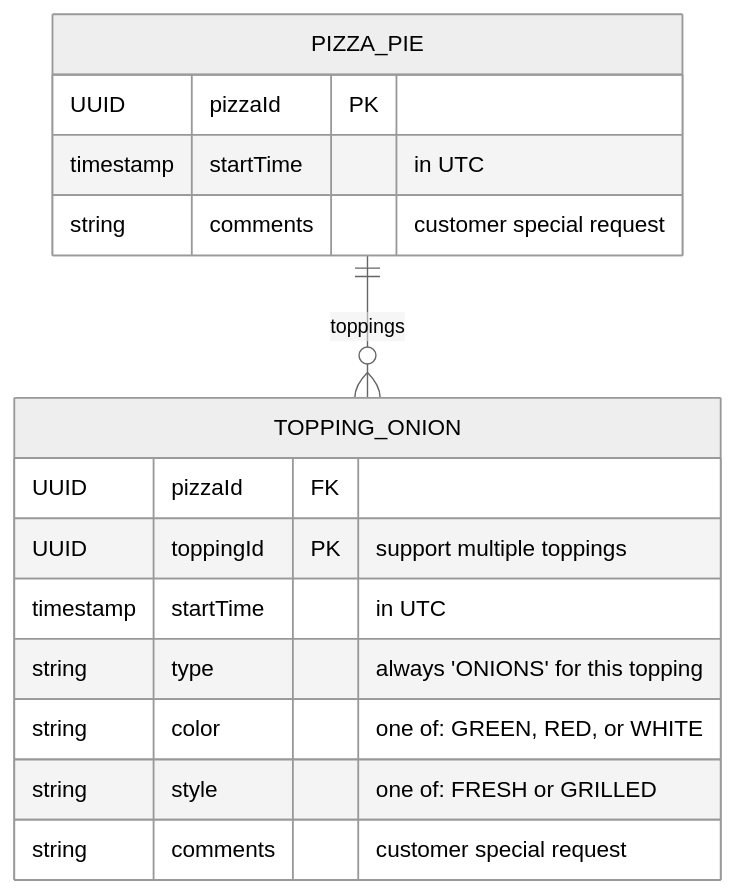
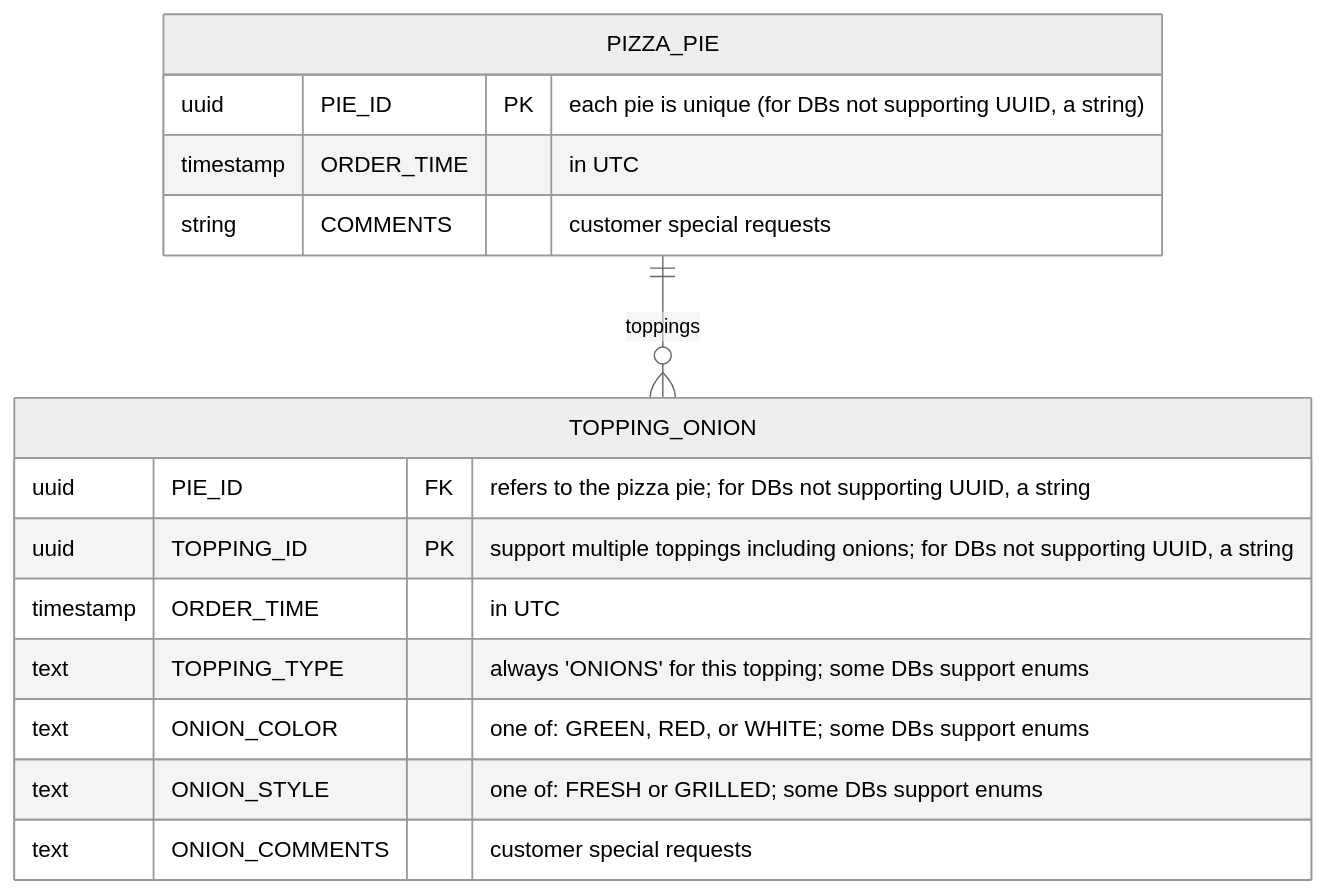
Before and after one commit to SruthiKorembathe/CICDImplementation: the seventh of 7 diagrams in Examples-of-diagramming.md, drawn with Mermaid (neutral theme). The commit also changed other lines of this file, not shown here.

Commit message:
Better ERD examples

````diff
--- a/Examples-of-diagramming.md
+++ b/Examples-of-diagramming.md
@@ -140,20 +152,20 @@
 ```mermaid
 erDiagram
   PIZZA_PIE {
-    UUID pizzaId PK
-    timestamp startTime "in UTC"
-    string comments "customer special request"
+    uuid PIE_ID PK "each pie is unique (for DBs not supporting UUID, a string)"
+    timestamp ORDER_TIME "in UTC"
+    string COMMENTS "customer special requests"
   }
 
   TOPPING_ONION {
-    UUID pizzaId FK
-    UUID toppingId PK "support multiple toppings"
-    timestamp startTime "in UTC"
-    string type "always 'ONIONS' for this topping"
-    string color "one of: GREEN, RED, or WHITE"
-    string style "one of: FRESH or GRILLED"
-    string comments "customer special request"
+    uuid PIE_ID FK "refers to the pizza pie; for DBs not supporting UUID, a string"
+    uuid TOPPING_ID PK "support multiple toppings including onions; for DBs not supporting UUID, a string"
+    timestamp ORDER_TIME "in UTC"
+    text TOPPING_TYPE "always 'ONIONS' for this topping; some DBs support enums"
+    text ONION_COLOR "one of: GREEN, RED, or WHITE; some DBs support enums"
+    text ONION_STYLE "one of: FRESH or GRILLED; some DBs support enums"
+    text ONION_COMMENTS "customer special requests"
   }
 
   PIZZA_PIE ||--o{ TOPPING_ONION: toppings
 ```
````
